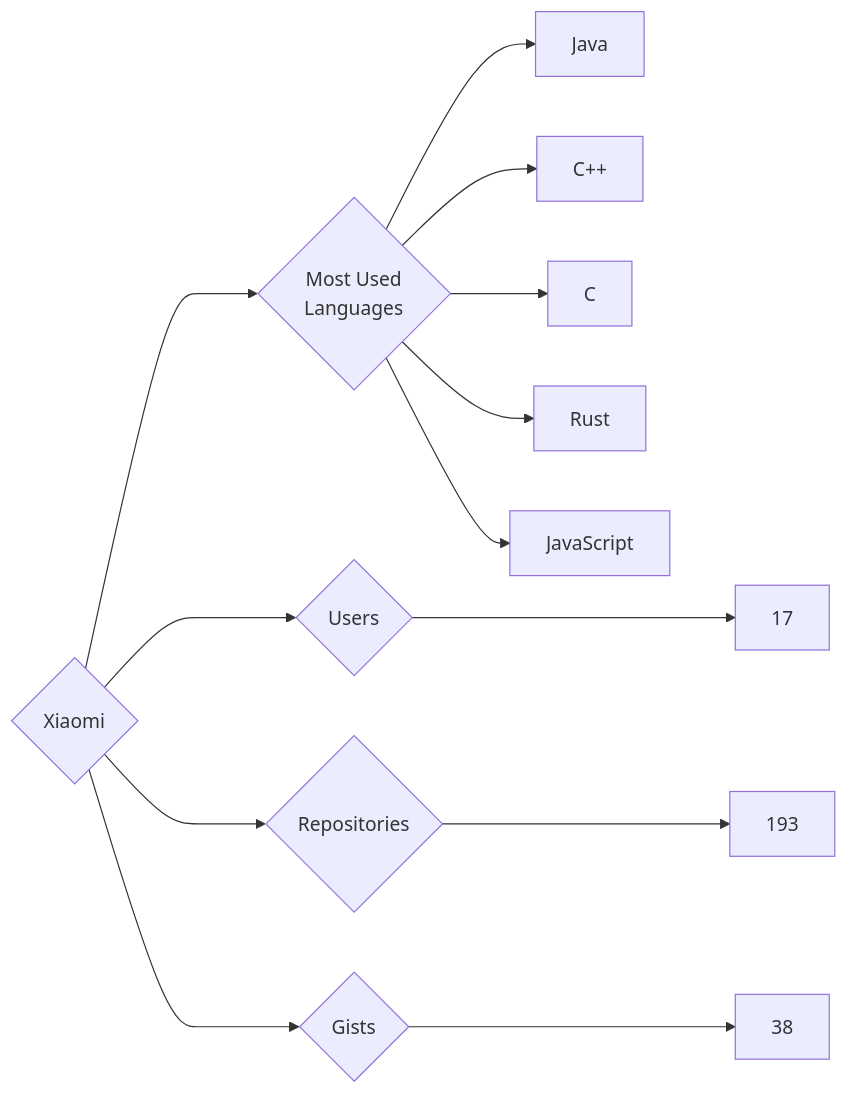
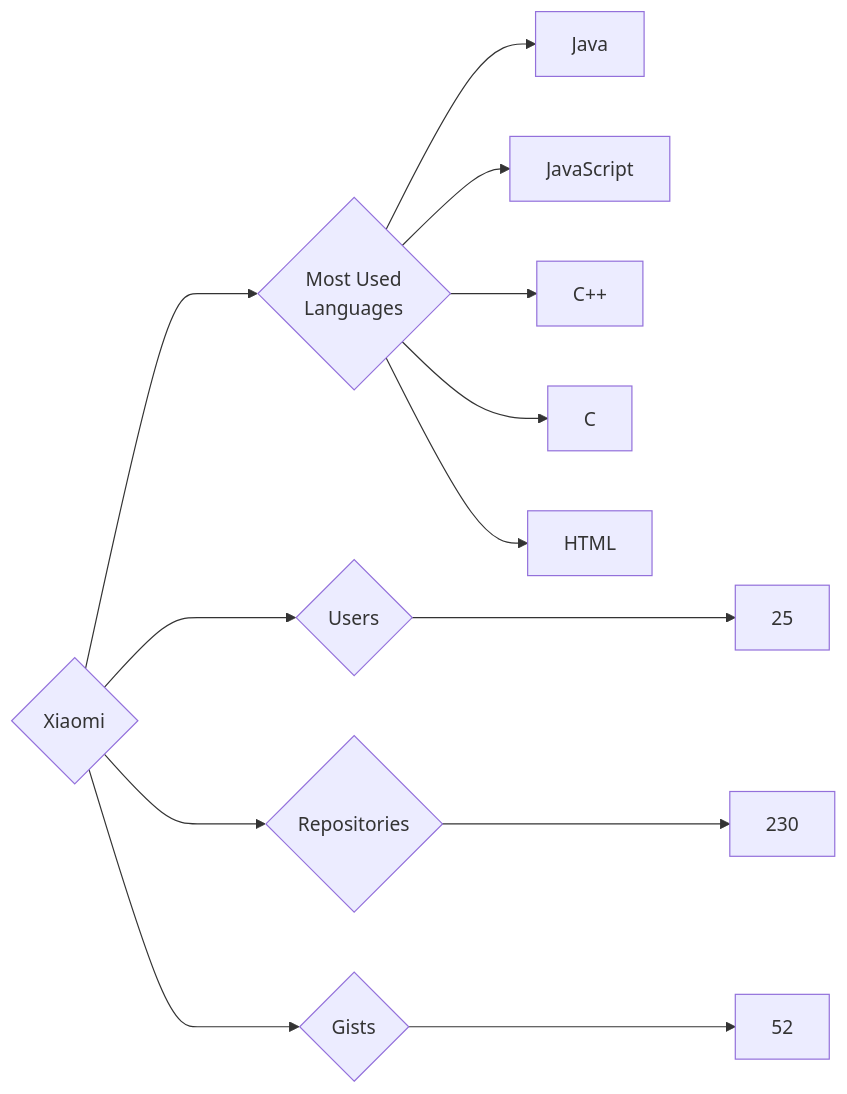
Before and after one commit to trickest/insiders: the diagram in targets/Xiaomi/README.md, drawn with Mermaid. The commit also changed 1696 other files, not shown here.

````diff
--- a/targets/Xiaomi/README.md
+++ b/targets/Xiaomi/README.md
@@ -3,13 +3,13 @@
 ```mermaid
 graph LR
 COMPANY_NAME{Xiaomi}
-COMPANY_NAME ---> U{Users} ---> UN[17]
-COMPANY_NAME ---> R{Repositories} ---> RN[193]
-COMPANY_NAME ---> G{Gists} ---> GN[38]
+COMPANY_NAME ---> U{Users} ---> UN[25]
+COMPANY_NAME ---> R{Repositories} ---> RN[230]
+COMPANY_NAME ---> G{Gists} ---> GN[52]
 COMPANY_NAME ---> ML{Most Used<br>Languages}
 ML --> Java[Java]
+ML --> JavaScript[JavaScript]
 ML --> C++[C++]
 ML --> C[C]
-ML --> Rust[Rust]
-ML --> JavaScript[JavaScript]
+ML --> HTML[HTML]
 ```
````
